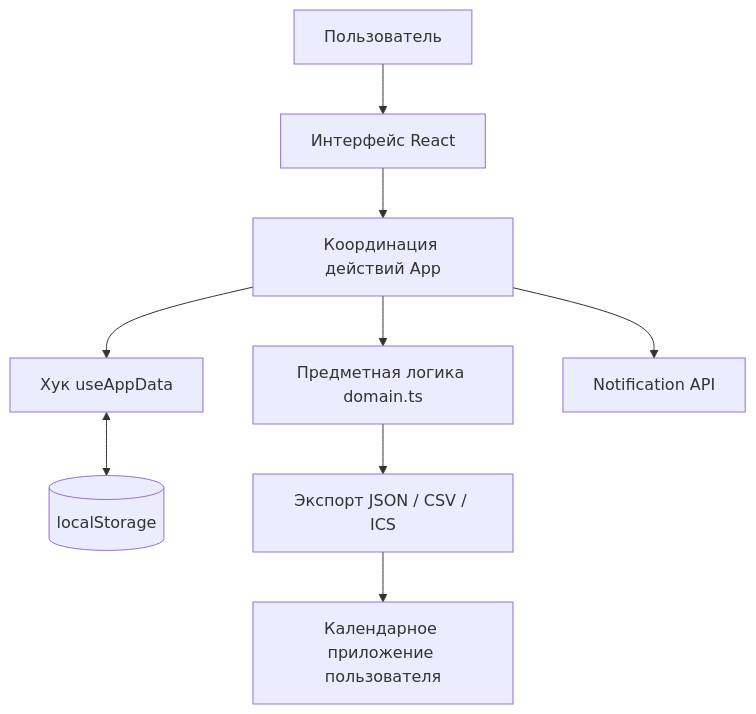
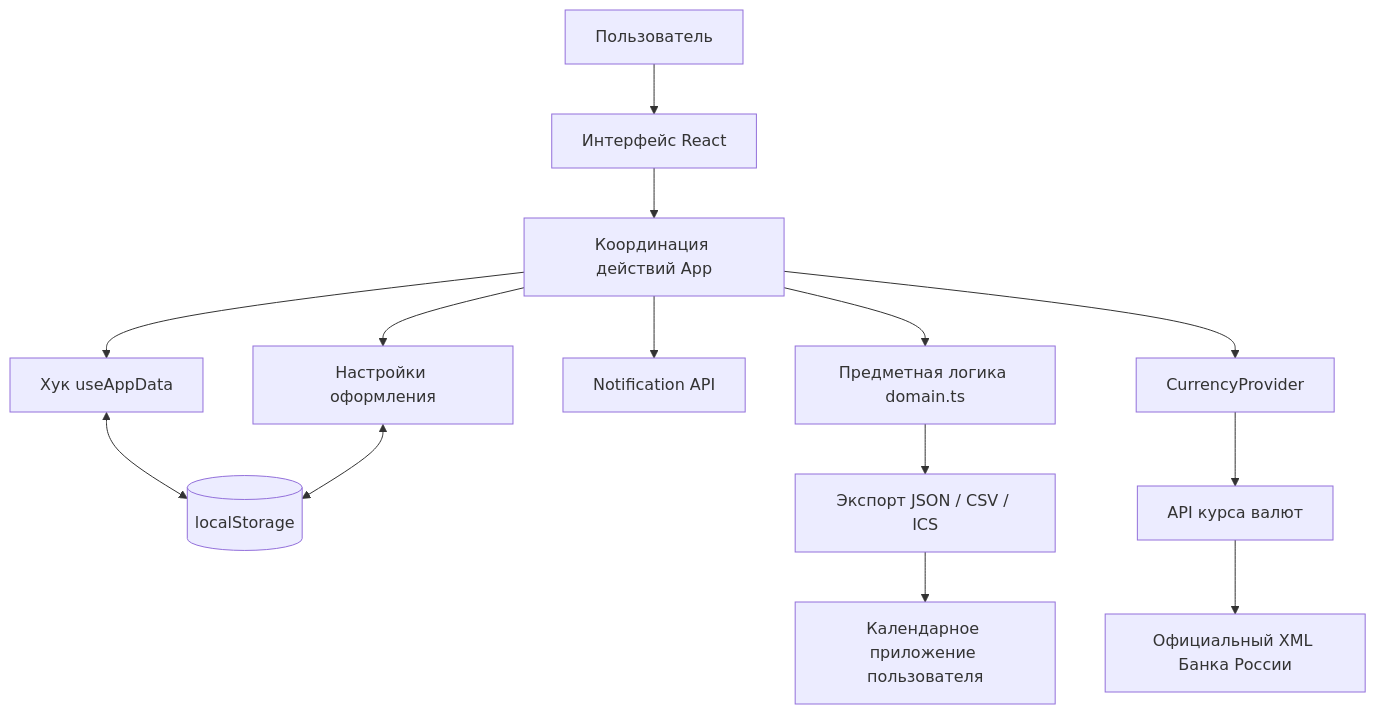
One commit to BublessPS/uchet_sub_kursovaja changed the first of 2 diagrams in docs/COURSEWORK.md. Above: the diagram before and after it, drawn with Mermaid. The commit also changed other lines of this file and 39 other files, not shown here.

````diff
--- a/docs/COURSEWORK.md
+++ b/docs/COURSEWORK.md
@@ -30,11 +32,16 @@
 ```mermaid
 flowchart TD
     User[Пользователь] --> UI[Интерфейс React]
     UI --> App[Координация действий App]
     App --> Domain[Предметная логика domain.ts]
     App --> Store[Хук useAppData]
     Store <--> Local[(localStorage)]
     Domain --> Export[Экспорт JSON / CSV / ICS]
     App --> Notification[Notification API]
+    App --> Currency[CurrencyProvider]
+    Currency --> RatesAPI[API курса валют]
+    RatesAPI --> CBR[Официальный XML Банка России]
+    App --> Appearance[Настройки оформления]
+    Appearance <--> Local
     Export --> Calendar[Календарное приложение пользователя]
 ```
````
